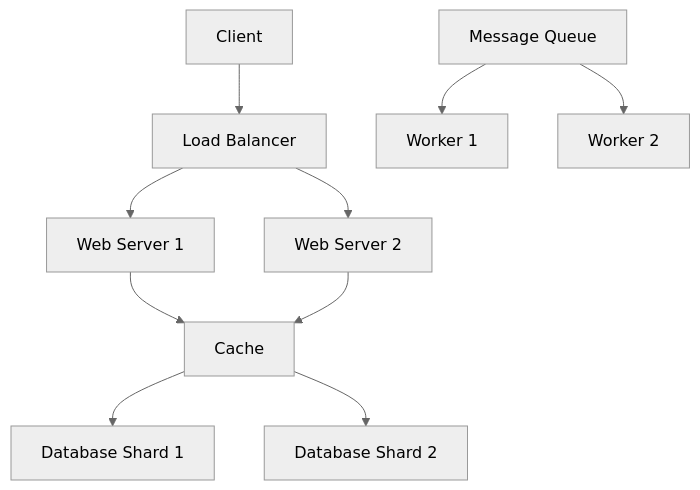
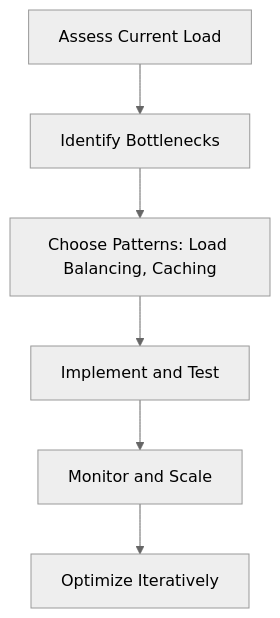
One commit to VrushankPatel/interview-matters changed the diagram in high-scalability-patterns/README.md. Above: the diagram before and after it, drawn with Mermaid (neutral theme). The commit also changed other lines of this file and 5 other files, not shown here.

````diff
--- a/high-scalability-patterns/README.md
+++ b/high-scalability-patterns/README.md
@@ -228,12 +120,8 @@
 ```mermaid
 graph TD
-    A[Client] --> B[Load Balancer]
-    B --> C[Web Server 1]
-    B --> D[Web Server 2]
-    C --> E[Cache]
-    D --> E
-    E --> F[Database Shard 1]
-    E --> G[Database Shard 2]
-    H[Message Queue] --> I[Worker 1]
-    H --> J[Worker 2]
+    A[Assess Current Load] --> B[Identify Bottlenecks]
+    B --> C[Choose Patterns: Load Balancing, Caching]
+    C --> D[Implement and Test]
+    D --> E[Monitor and Scale]
+    E --> F[Optimize Iteratively]
 ```
````
